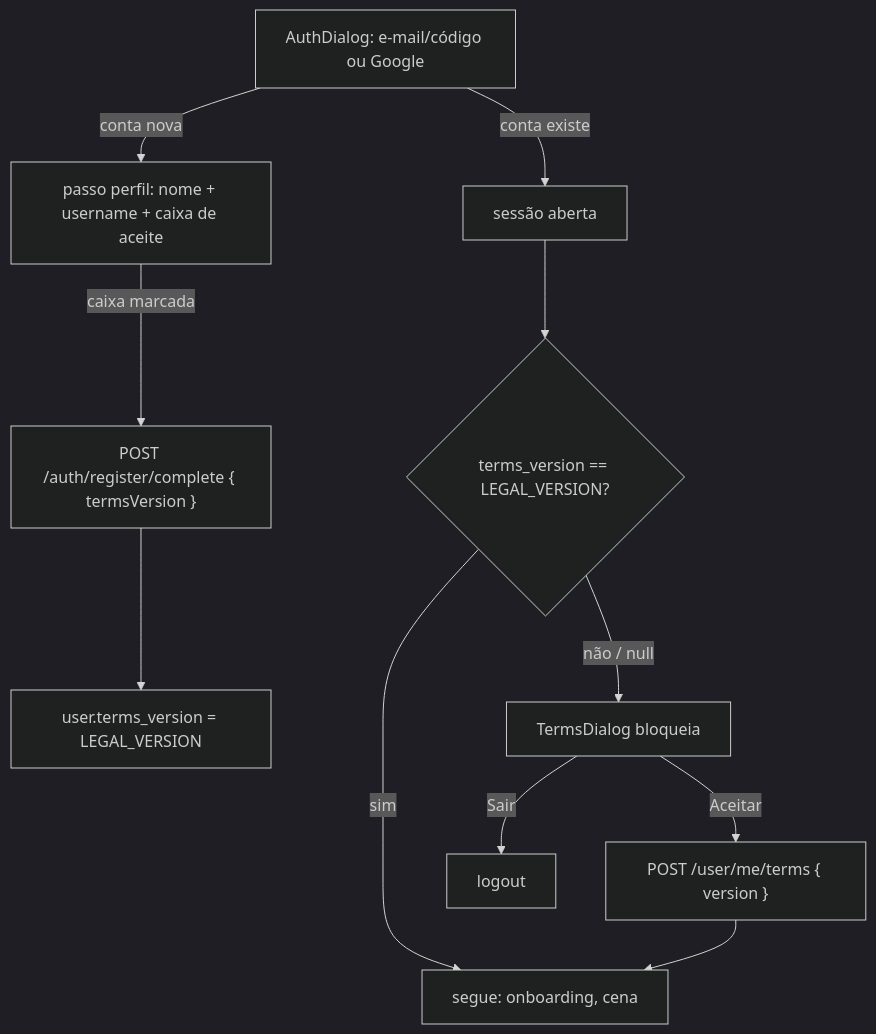
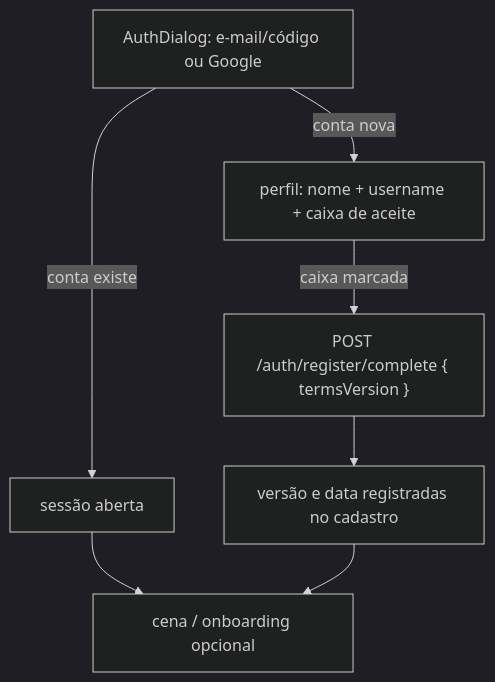
Before and after one commit to RaeII/cidoa: the diagram in doc/legal/termos-e-privacidade.md, drawn with Mermaid (dark theme). The commit also changed other lines of this file and 21 other files, not shown here.

````diff
--- a/doc/legal/termos-e-privacidade.md
+++ b/doc/legal/termos-e-privacidade.md
@@ -63,12 +63,9 @@
 ```mermaid
 flowchart TD
   A[AuthDialog: e-mail/código ou Google] -->|conta existe| B[sessão aberta]
-  A -->|conta nova| C[passo perfil: nome + username + caixa de aceite]
+  A -->|conta nova| C[perfil: nome + username + caixa de aceite]
   C -->|caixa marcada| D["POST /auth/register/complete { termsVersion }"]
-  D --> E[user.terms_version = LEGAL_VERSION]
-  B --> F{terms_version == LEGAL_VERSION?}
-  F -->|sim| G[segue: onboarding, cena]
-  F -->|não / null| H[TermsDialog bloqueia]
-  H -->|Aceitar| I["POST /user/me/terms { version }"] --> G
-  H -->|Sair| J[logout]
+  D --> E[versão e data registradas no cadastro]
+  B --> F[cena / onboarding opcional]
+  E --> F
 ```
````
